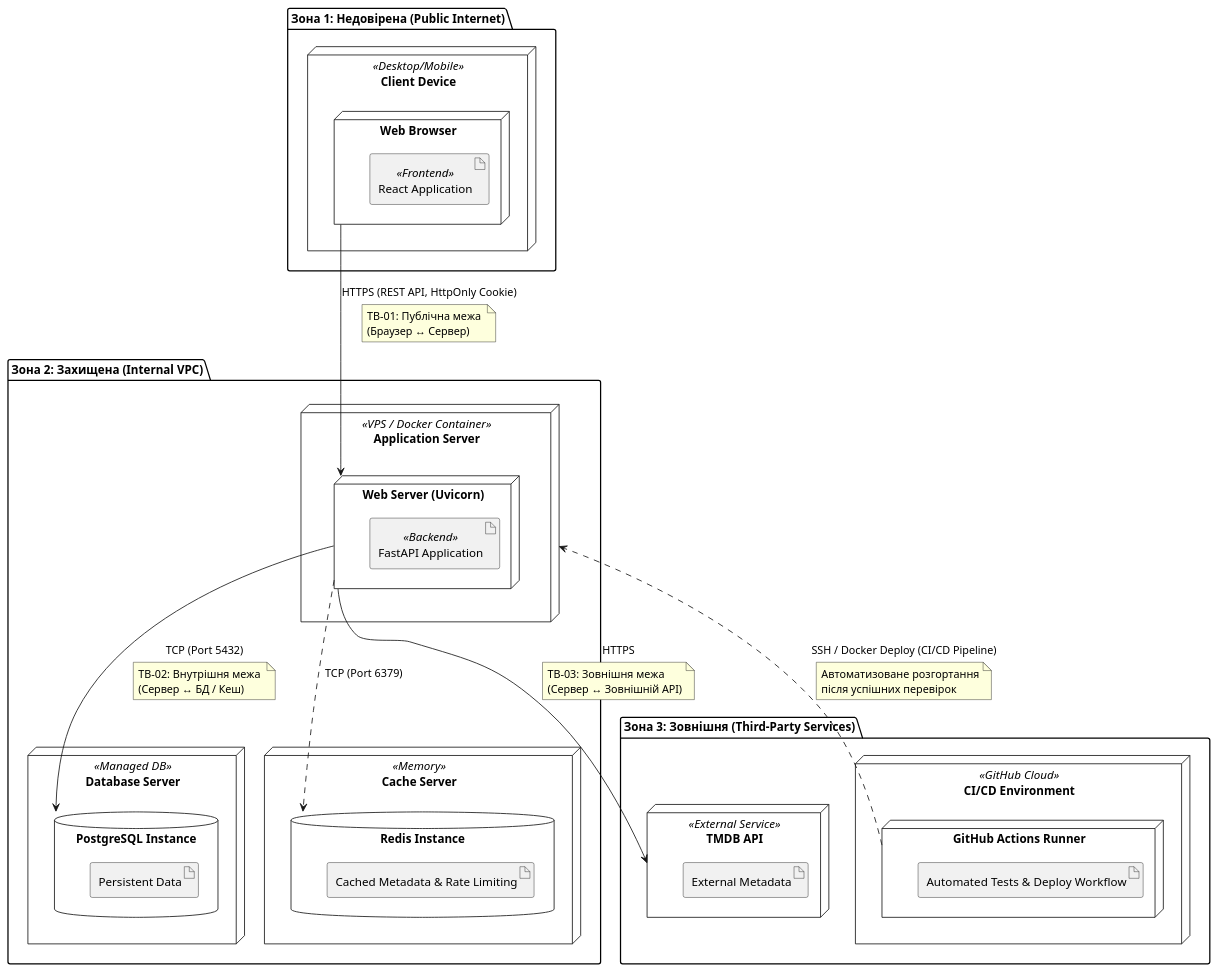
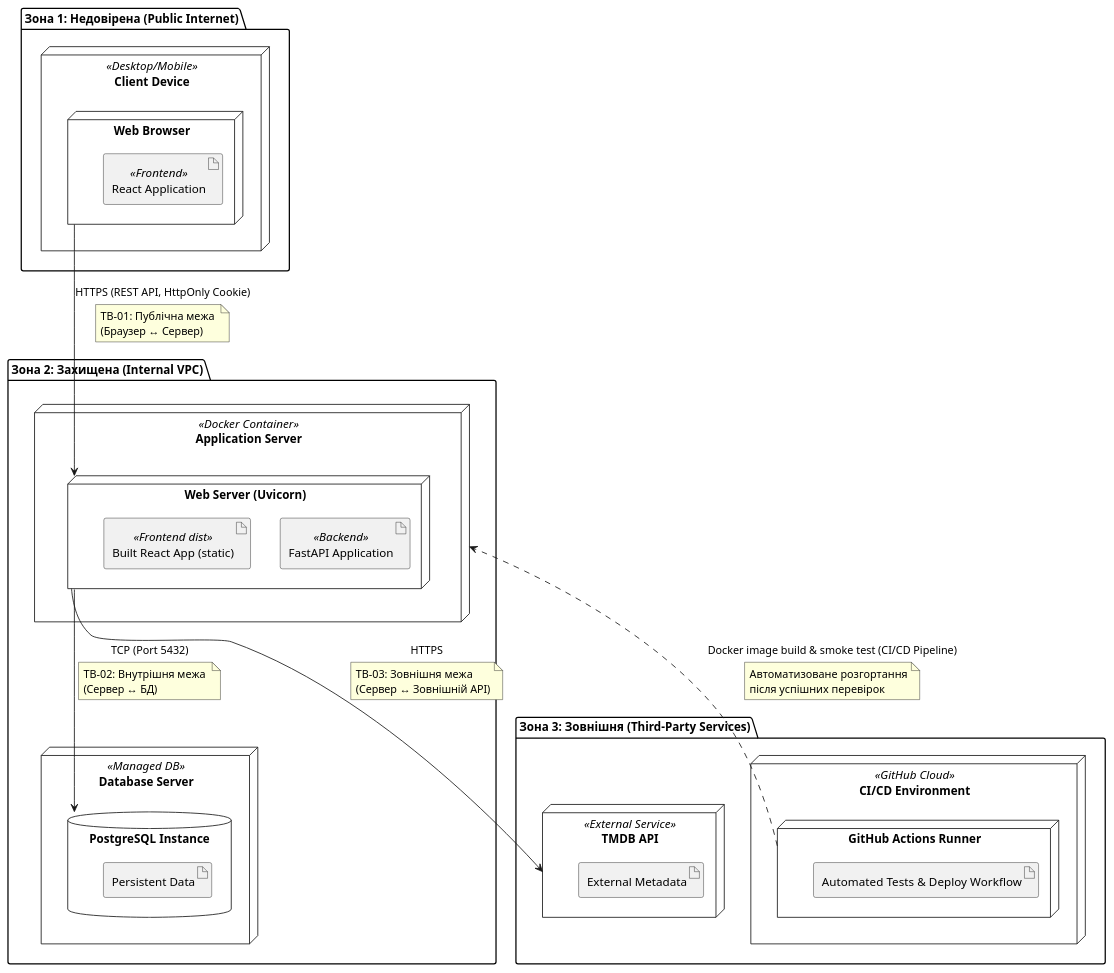
The diagram in docs/architecture/uml/deployment-diagram.puml (ukma-fin-ssdm-2026/ctrl-alt-defeat), drawn with PlantUML before and after one commit. The commit also changed 8 other files, not shown here.

```diff
--- a/docs/architecture/uml/deployment-diagram.puml
+++ b/docs/architecture/uml/deployment-diagram.puml
@@ -1,69 +1,63 @@
 @startuml
 package "Зона 1: Недовірена (Public Internet)" {
     node "Client Device" <<Desktop/Mobile>> {
         node "Web Browser" {
             artifact "React Application" <<Frontend>>
         }
     }
 }
 
 package "Зона 2: Захищена (Internal VPC)" {
-    node "Application Server" <<VPS / Docker Container>> {
+    node "Application Server" <<Docker Container>> {
         node "Web Server (Uvicorn)" {
             artifact "FastAPI Application" <<Backend>>
+            artifact "Built React App (static)" <<Frontend dist>>
         }
     }
 
     node "Database Server" <<Managed DB>> {
         database "PostgreSQL Instance" {
             artifact "Persistent Data"
         }
     }
 
-    node "Cache Server" <<Memory>> {
-        database "Redis Instance" {
-            artifact "Cached Metadata & Rate Limiting"
-        }
-    }
 }
 
 package "Зона 3: Зовнішня (Third-Party Services)" {
     node "TMDB API" <<External Service>> {
         artifact "External Metadata"
     }
 
     node "CI/CD Environment" <<GitHub Cloud>> {
         node "GitHub Actions Runner" {
             artifact "Automated Tests & Deploy Workflow"
         }
     }
 }
 
 ' Зв'язки та межі довіри на них
 "Web Browser" --> "Web Server (Uvicorn)" : HTTPS (REST API, HttpOnly Cookie)
 note on link
   TB-01: Публічна межа 
   (Браузер ↔ Сервер)
 end note
 
 "Web Server (Uvicorn)" --> "PostgreSQL Instance" : TCP (Port 5432)
 note on link
   TB-02: Внутрішня межа 
-  (Сервер ↔ БД / Кеш)
+  (Сервер ↔ БД)
 end note
-
-"Web Server (Uvicorn)" ..> "Redis Instance" : TCP (Port 6379)
 
 "Web Server (Uvicorn)" --> "TMDB API" : HTTPS
 note on link
   TB-03: Зовнішня межа 
   (Сервер ↔ Зовнішній API)
 end note
 
-"GitHub Actions Runner" ..> "Application Server" : SSH / Docker Deploy (CI/CD Pipeline)
+"GitHub Actions Runner" ..> "Application Server" : Docker image build & smoke test (CI/CD Pipeline)
 note on link
   Автоматизоване розгортання
   після успішних перевірок
 end note
 
 @enduml
```
